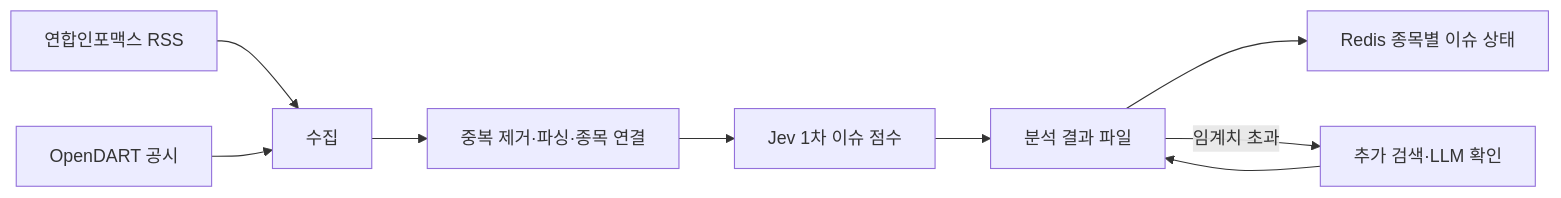
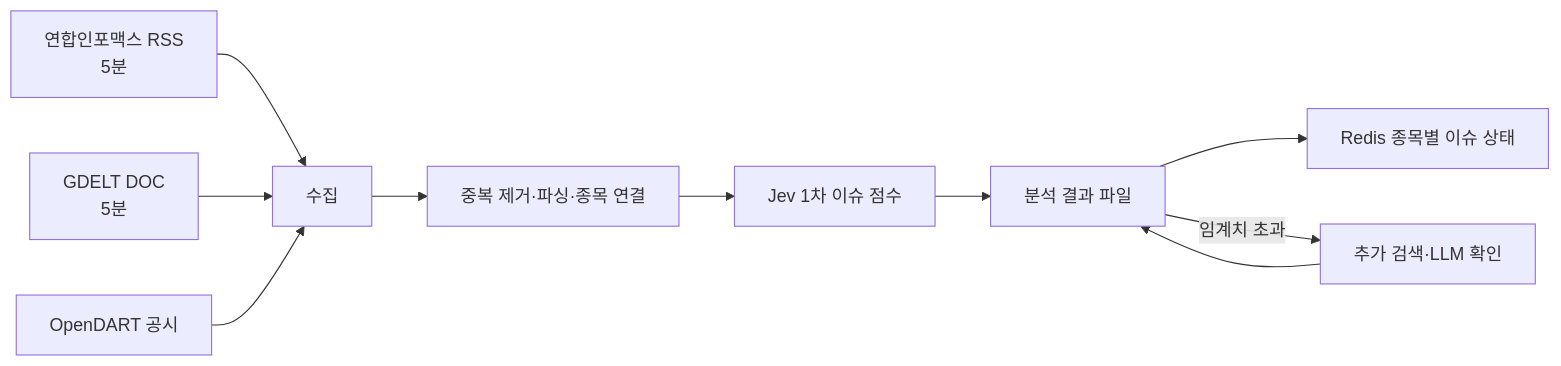
Before and after one commit to ShinYEB/Auto-helm: the diagram in docs/adr/0002-event-issue-scoring.md, drawn with Mermaid. The commit also changed other lines of this file and 9 other files, not shown here.

````diff
--- a/docs/adr/0002-event-issue-scoring.md
+++ b/docs/adr/0002-event-issue-scoring.md
@@ -19,11 +18,12 @@
 ```mermaid
 flowchart LR
-    RSS["연합인포맥스 RSS"] --> COLLECT["수집"]
+    RSS["연합인포맥스 RSS<br/>5분"] --> COLLECT["수집"]
+    GDELT["GDELT DOC<br/>5분"] --> COLLECT
     DART["OpenDART 공시"] --> COLLECT
     COLLECT --> NORMAL["중복 제거·파싱·종목 연결"]
     NORMAL --> JEV["Jev 1차 이슈 점수"]
     JEV --> JOURNAL["분석 결과 파일"]
     JOURNAL --> REDIS["Redis 종목별 이슈 상태"]
     JOURNAL -->|"임계치 초과"| SEARCH["추가 검색·LLM 확인"]
     SEARCH --> JOURNAL
 ```
````
